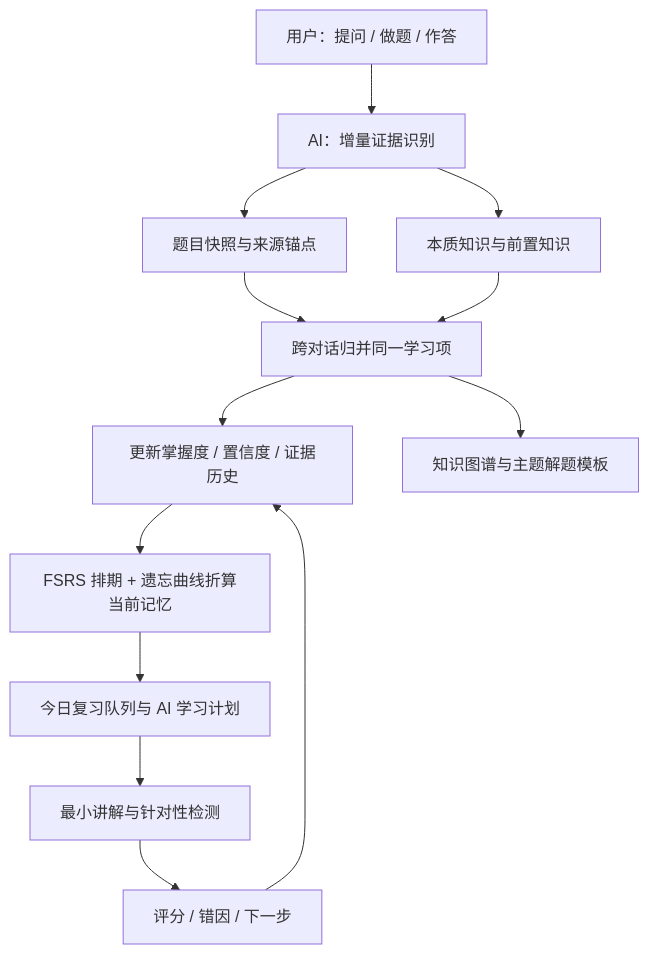
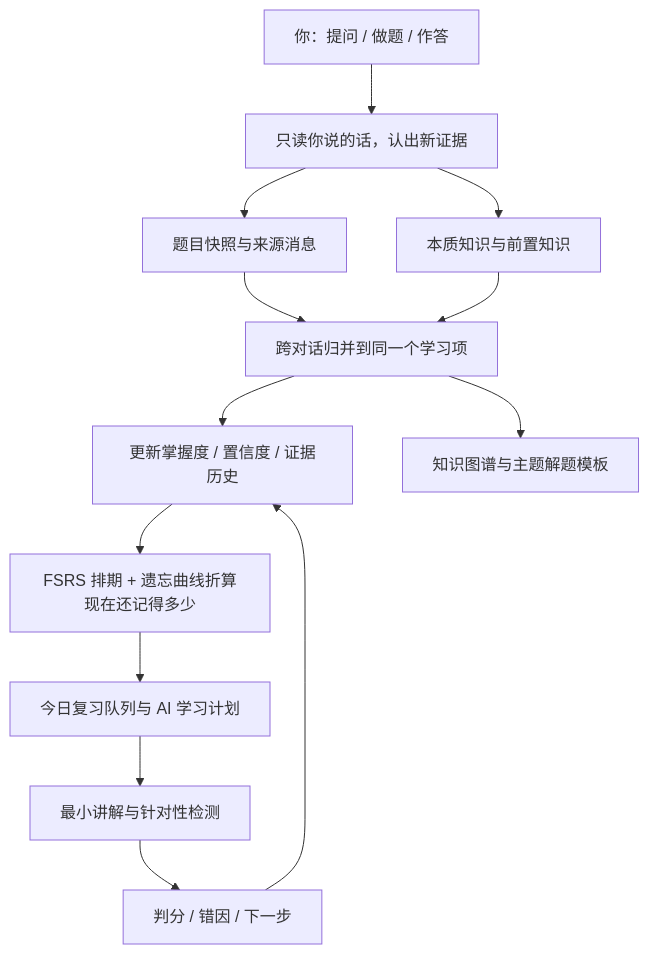
The diagram in README.md (huaxx-lab/LeetLens), drawn with Mermaid before and after one commit. The commit also changed other lines of this file and 2 other files, not shown here.

````diff
--- a/README.md
+++ b/README.md
@@ -241,15 +251,15 @@
 ```mermaid
 flowchart TD
-  A[用户：提问 / 做题 / 作答] --> B[AI：增量证据识别]
-  B --> C[题目快照与来源锚点]
+  A[你：提问 / 做题 / 作答] --> B[只读你说的话，认出新证据]
+  B --> C[题目快照与来源消息]
   B --> D[本质知识与前置知识]
-  C --> E[跨对话归并同一学习项]
+  C --> E[跨对话归并到同一个学习项]
   D --> E
   E --> F[更新掌握度 / 置信度 / 证据历史]
-  F --> G[FSRS 排期 + 遗忘曲线折算当前记忆]
+  F --> G[FSRS 排期 + 遗忘曲线折算现在还记得多少]
   G --> H[今日复习队列与 AI 学习计划]
   H --> I[最小讲解与针对性检测]
-  I --> J[评分 / 错因 / 下一步]
+  I --> J[判分 / 错因 / 下一步]
   J --> F
   E --> K[知识图谱与主题解题模板]
 ```
````
